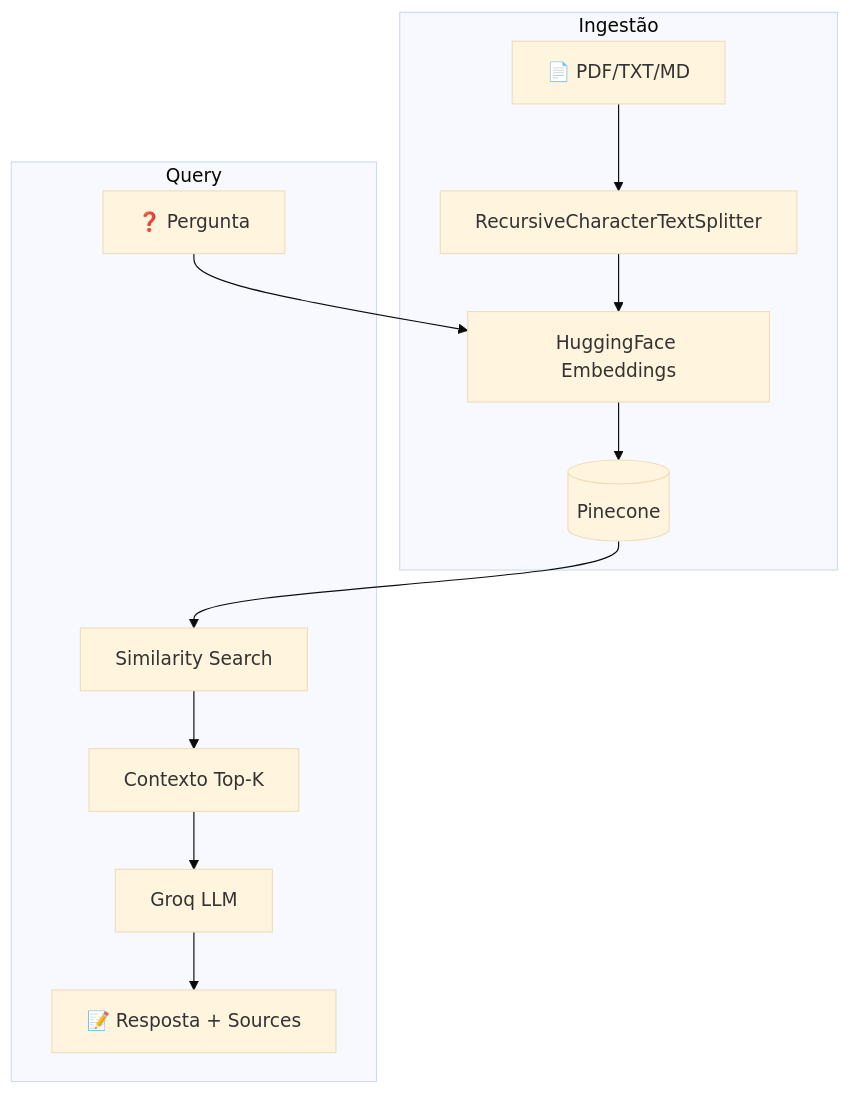
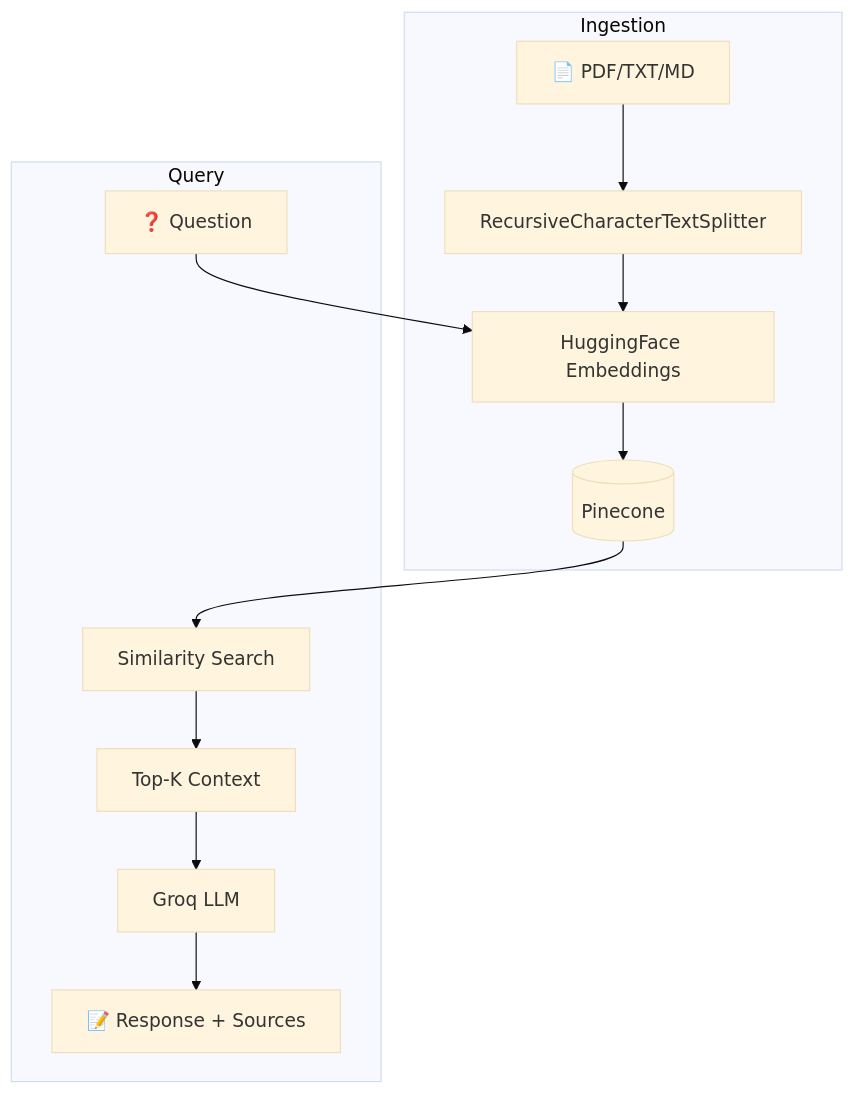
One commit to y-randhal/smartdoc-analyst changed the diagram in README.md. Above: the diagram before and after it, drawn with Mermaid (base theme). The commit also changed other lines of this file and 33 other files, not shown here.

````diff
--- a/README.md
+++ b/README.md
@@ -31,15 +33,15 @@
 ```mermaid
 flowchart TB
-    subgraph Ingestão
+    subgraph Ingestion
         A[📄 PDF/TXT/MD] --> B[RecursiveCharacterTextSplitter]
         B --> C[HuggingFace Embeddings]
         C --> D[(Pinecone)]
     end
     subgraph Query
-        Q[❓ Pergunta] --> C
+        Q[❓ Question] --> C
         D --> E[Similarity Search]
-        E --> F[Contexto Top-K]
+        E --> F[Top-K Context]
         F --> G[Groq LLM]
-        G --> R[📝 Resposta + Sources]
+        G --> R[📝 Response + Sources]
     end
 ```
````
